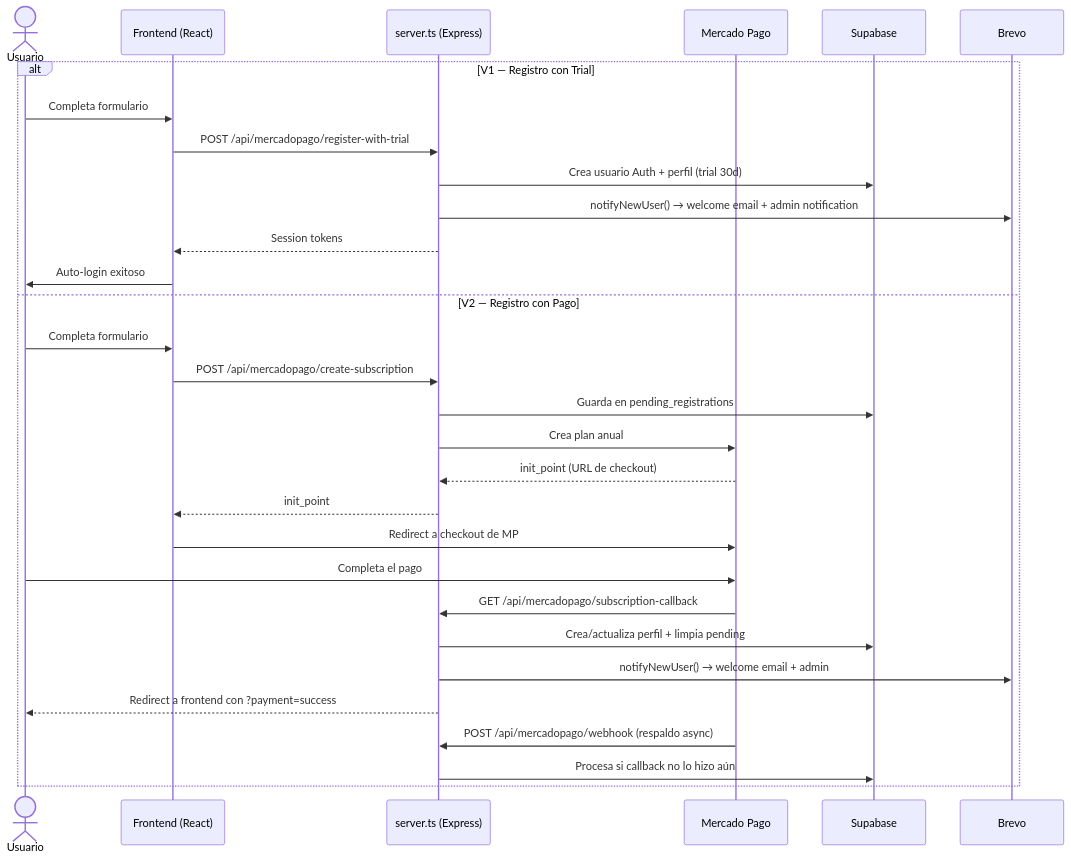
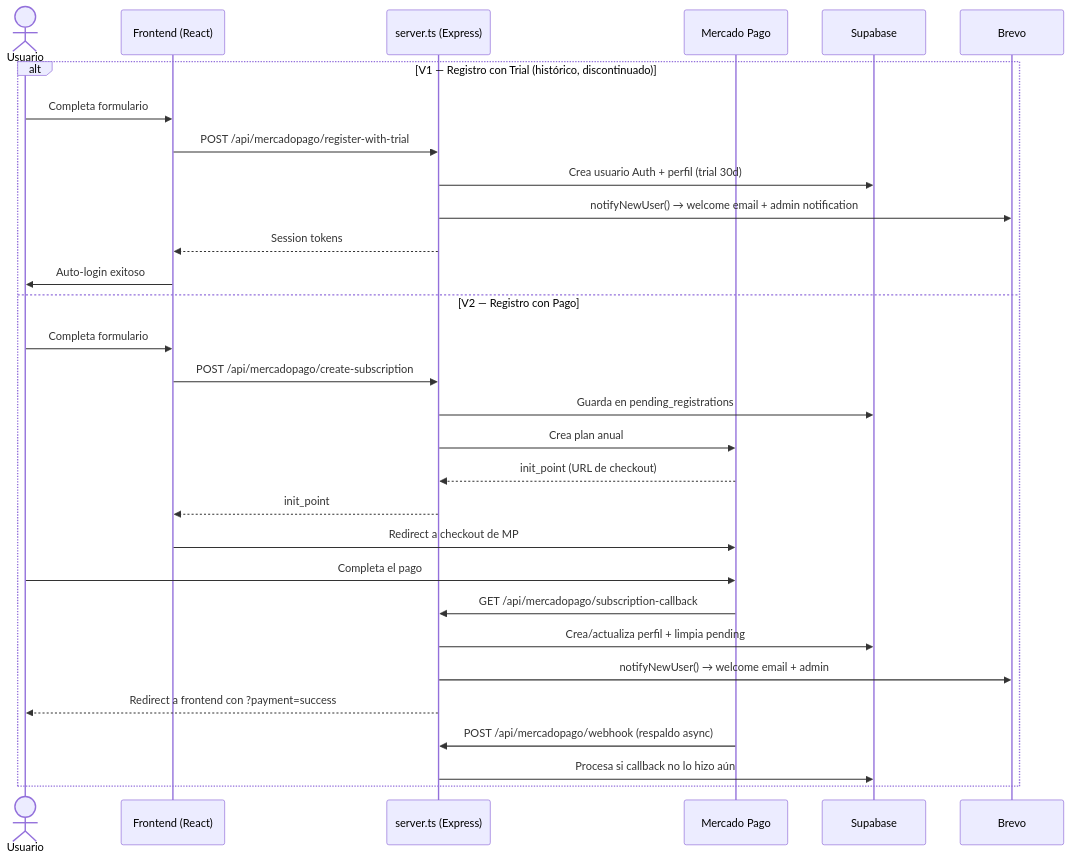
One commit to arielbasseterre/personal-flight-log-antigravity changed the first of 4 diagrams in Manual_de_la_app_flightlog.md. Above: the diagram before and after it, drawn with Mermaid. The commit also changed other lines of this file and 6 other files, not shown here.

````diff
--- a/Manual_de_la_app_flightlog.md
+++ b/Manual_de_la_app_flightlog.md
@@ -409,33 +414,33 @@
 ```mermaid
 sequenceDiagram
     actor U as Usuario
     participant FE as Frontend (React)
     participant BE as server.ts (Express)
     participant MP as Mercado Pago
     participant DB as Supabase
     participant BR as Brevo
 
-    alt V1 — Registro con Trial
+    alt V1 — Registro con Trial (histórico, discontinuado)
         U->>FE: Completa formulario
         FE->>BE: POST /api/mercadopago/register-with-trial
         BE->>DB: Crea usuario Auth + perfil (trial 30d)
         BE->>BR: notifyNewUser() → welcome email + admin notification
         BE-->>FE: Session tokens
         FE->>U: Auto-login exitoso
     else V2 — Registro con Pago
         U->>FE: Completa formulario
         FE->>BE: POST /api/mercadopago/create-subscription
         BE->>DB: Guarda en pending_registrations
         BE->>MP: Crea plan anual
         MP-->>BE: init_point (URL de checkout)
         BE-->>FE: init_point
         FE->>MP: Redirect a checkout de MP
         U->>MP: Completa el pago
         MP->>BE: GET /api/mercadopago/subscription-callback
         BE->>DB: Crea/actualiza perfil + limpia pending
         BE->>BR: notifyNewUser() → welcome email + admin
         BE-->>U: Redirect a frontend con ?payment=success
         MP->>BE: POST /api/mercadopago/webhook (respaldo async)
         BE->>DB: Procesa si callback no lo hizo aún
     end
 ```
````
